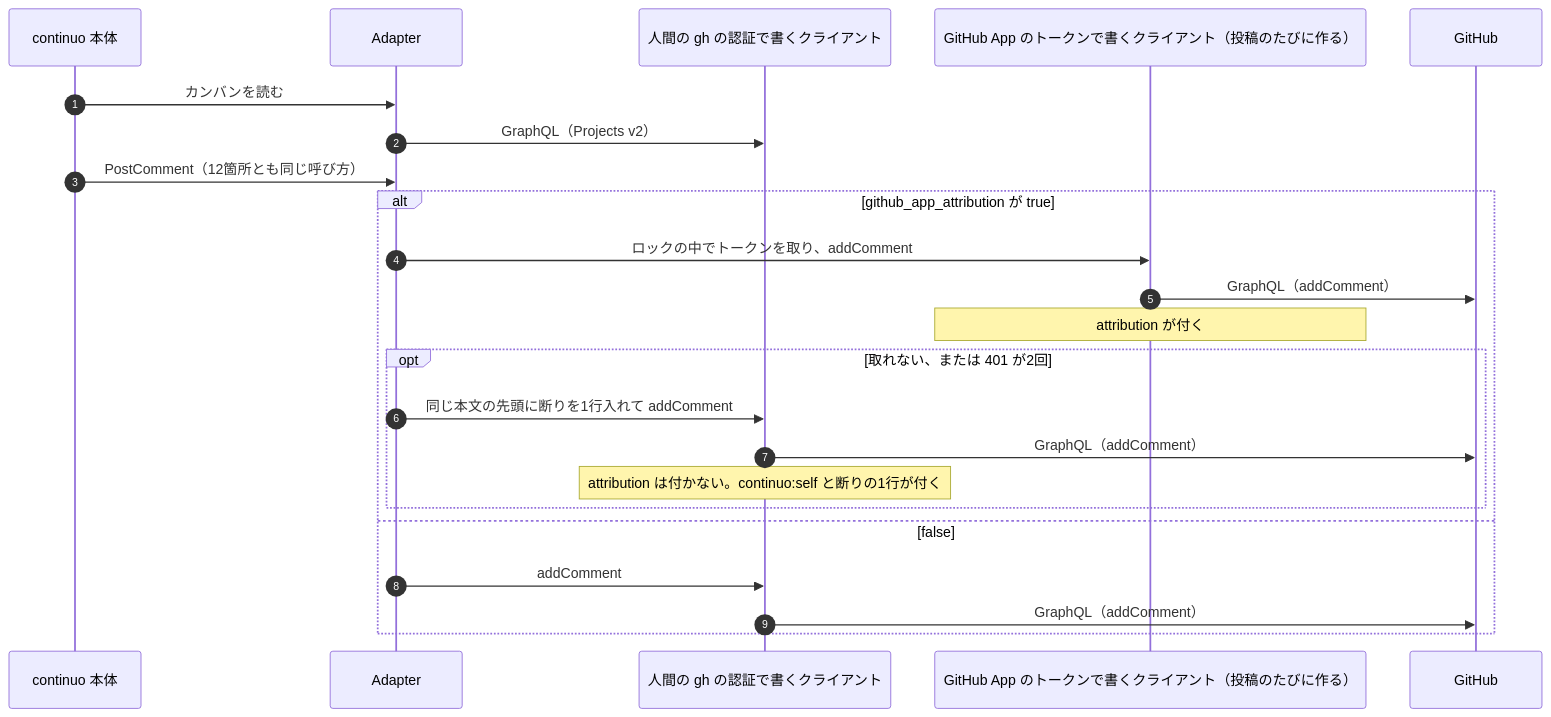
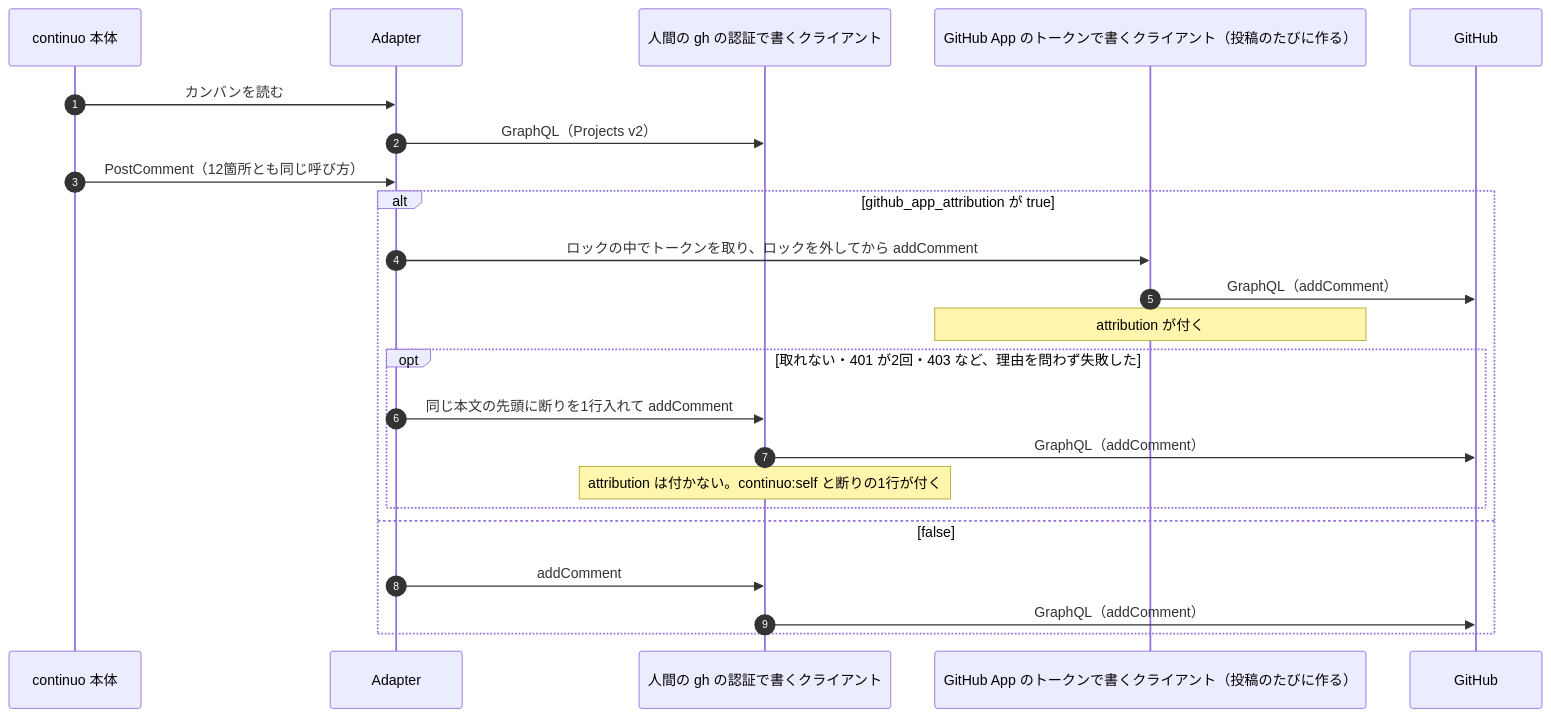
Before and after one commit to maimuzo/continuo: diagram 11 of 13 in docs/plans/impl/issue245_github_app_attribution.md, drawn with Mermaid. The commit also changed other lines of this file, not shown here.

````diff
--- a/docs/plans/impl/issue245_github_app_attribution.md
+++ b/docs/plans/impl/issue245_github_app_attribution.md
@@ -1200,25 +1208,25 @@
 ```mermaid
 sequenceDiagram
     autonumber
     participant O as continuo 本体
     participant A as Adapter
     participant T1 as 人間の gh の認証で書くクライアント
     participant T2 as GitHub App のトークンで書くクライアント（投稿のたびに作る）
     participant GH as GitHub
     O->>A: カンバンを読む
     A->>T1: GraphQL（Projects v2）
     O->>A: PostComment（12箇所とも同じ呼び方）
     alt github_app_attribution が true
-        A->>T2: ロックの中でトークンを取り、addComment
+        A->>T2: ロックの中でトークンを取り、ロックを外してから addComment
         T2->>GH: GraphQL（addComment）
         Note over T2: attribution が付く
-        opt 取れない、または 401 が2回
+        opt 取れない・401 が2回・403 など、理由を問わず失敗した
             A->>T1: 同じ本文の先頭に断りを1行入れて addComment
             T1->>GH: GraphQL（addComment）
             Note over T1: attribution は付かない。continuo:self と断りの1行が付く
         end
     else false
         A->>T1: addComment
         T1->>GH: GraphQL（addComment）
     end
 ```
````
